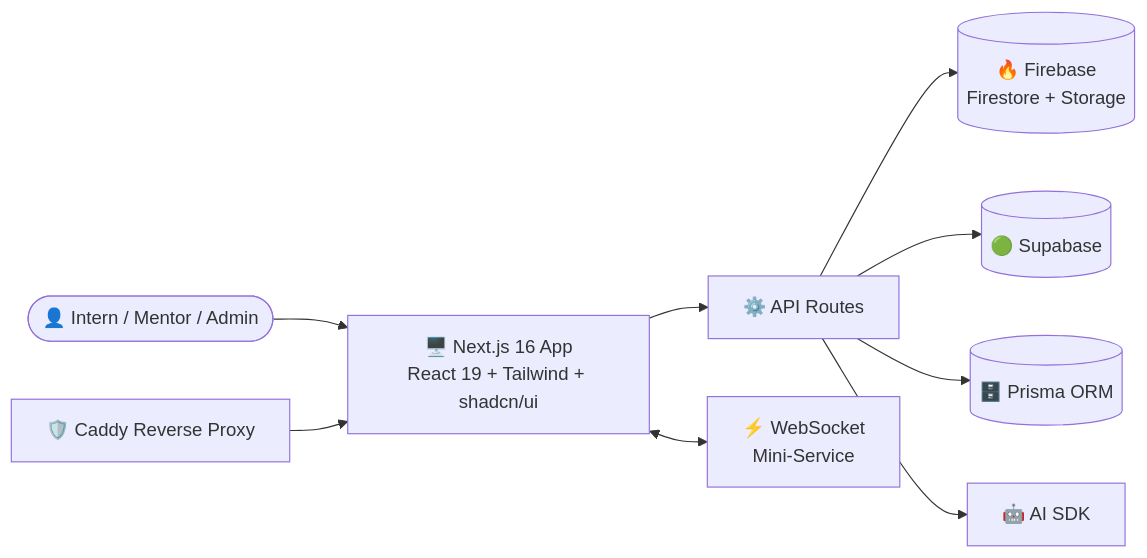
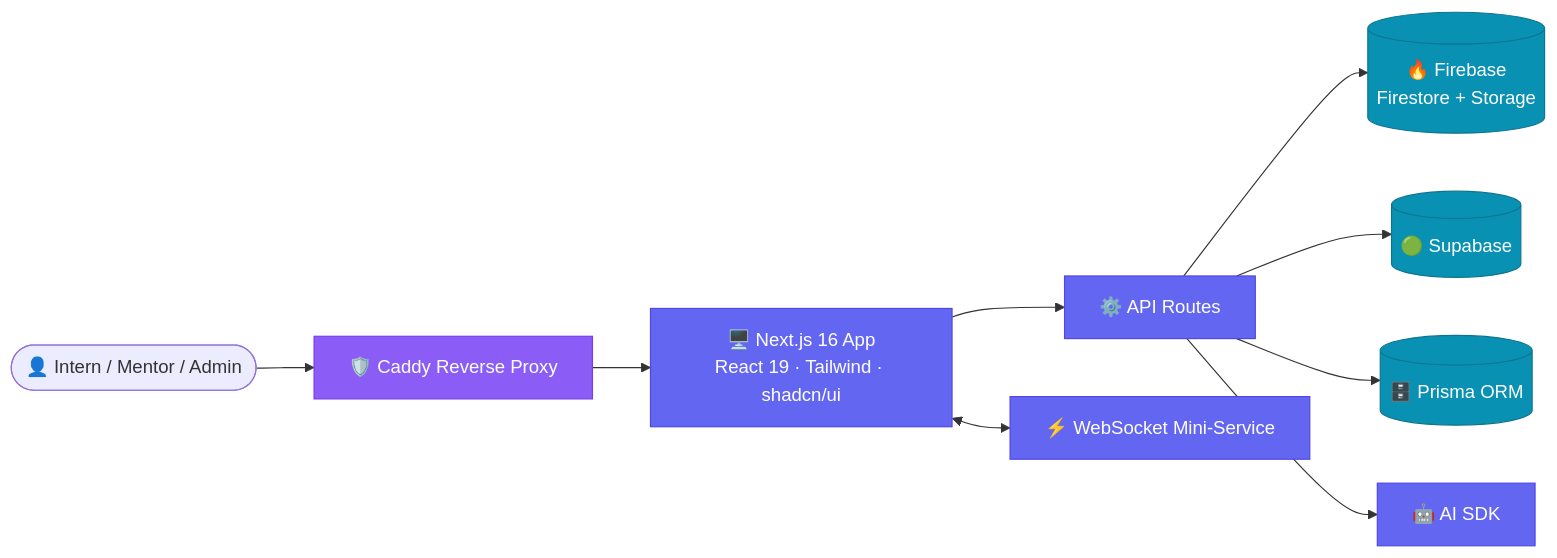
One commit to siddheshsalve77/Strides-Intern-Management-AI changed the diagram in README.md. Above: the diagram before and after it, drawn with Mermaid. The commit also changed other lines of this file, not shown here.

````diff
--- a/README.md
+++ b/README.md
@@ -54,11 +101,18 @@
 ```mermaid
 flowchart LR
-    U([👤 Intern / Mentor / Admin]) --> W[🖥️ Next.js 16 App<br/>React 19 + Tailwind + shadcn/ui]
+    U([👤 Intern / Mentor / Admin]) --> CD[🛡️ Caddy Reverse Proxy]
+    CD --> W[🖥️ Next.js 16 App<br/>React 19 · Tailwind · shadcn/ui]
     W --> API[⚙️ API Routes]
-    W <--> WS[⚡ WebSocket<br/>Mini-Service]
+    W <--> WS[⚡ WebSocket Mini-Service]
     API --> FB[(🔥 Firebase<br/>Firestore + Storage)]
     API --> SB[(🟢 Supabase)]
     API --> PR[(🗄️ Prisma ORM)]
     API --> AI[🤖 AI SDK]
-    CD[🛡️ Caddy Reverse Proxy] --> W
+
+    classDef app fill:#6366F1,stroke:#4F46E5,color:#fff;
+    classDef data fill:#0891B2,stroke:#0E7490,color:#fff;
+    classDef edge fill:#8B5CF6,stroke:#7C3AED,color:#fff;
+    class W,API,WS,AI app;
+    class FB,SB,PR data;
+    class CD edge;
 ```
````
